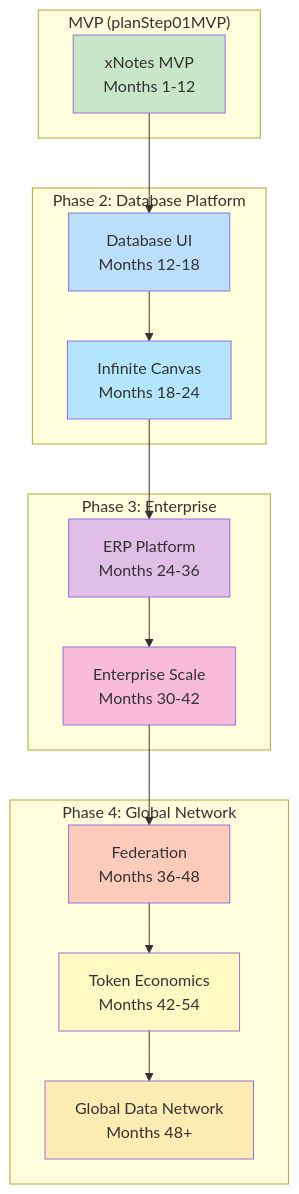
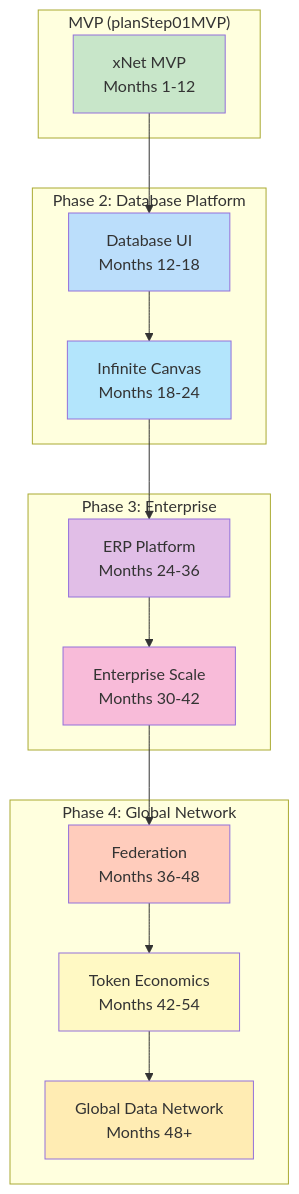
Before and after one commit to crs48/xNet: the first of 11 diagrams in docs/planStep01MVP/17-next-steps.md, drawn with Mermaid. The commit also changed other lines of this file and 44 other files, not shown here.

First line of the commit message:
Rename xNotes to xNet throughout codebase

````diff
--- a/docs/planStep01MVP/17-next-steps.md
+++ b/docs/planStep01MVP/17-next-steps.md
@@ -9,34 +9,34 @@
 ```mermaid
 flowchart TD
     subgraph "MVP (planStep01MVP)"
-        MVP["xNotes MVP<br/>Months 1-12"]
+        MVP["xNet MVP<br/>Months 1-12"]
     end
 
     subgraph "Phase 2: Database Platform"
         DB["Database UI<br/>Months 12-18"]
         CANVAS["Infinite Canvas<br/>Months 18-24"]
     end
 
     subgraph "Phase 3: Enterprise"
         ERP["ERP Platform<br/>Months 24-36"]
         SCALE["Enterprise Scale<br/>Months 30-42"]
     end
 
     subgraph "Phase 4: Global Network"
         FED["Federation<br/>Months 36-48"]
         TOKEN["Token Economics<br/>Months 42-54"]
         GLOBAL["Global Data Network<br/>Months 48+"]
     end
 
     MVP --> DB --> CANVAS --> ERP --> SCALE
     SCALE --> FED --> TOKEN --> GLOBAL
 
     style MVP fill:#c8e6c9
     style DB fill:#bbdefb
     style CANVAS fill:#b3e5fc
     style ERP fill:#e1bee7
     style SCALE fill:#f8bbd9
     style FED fill:#ffccbc
     style TOKEN fill:#fff9c4
     style GLOBAL fill:#ffecb3
 ```
````
